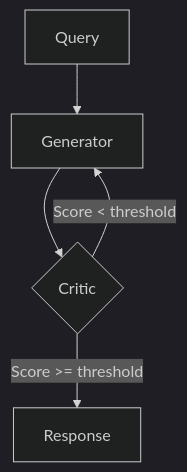
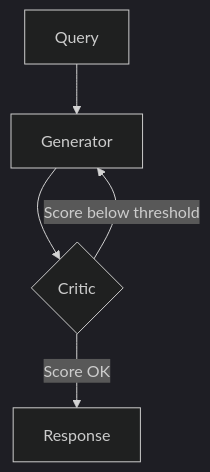
The third of 3 diagrams in agloom/docs/concepts/patterns.md (HELLOMEDHIRA/agloom), drawn with Mermaid (dark theme) before and after one commit. The commit also changed other lines of this file and 131 other files, not shown here.

````diff
--- a/agloom/docs/concepts/patterns.md
+++ b/agloom/docs/concepts/patterns.md
@@ -103,7 +106,7 @@
 ```mermaid
 flowchart TD
     Q[Query] --> G[Generator]
     G --> C{Critic}
-    C -->|Score < threshold| G
-    C -->|Score >= threshold| R[Response]
+    C -->|Score below threshold| G
+    C -->|Score OK| R[Response]
 ```
````
